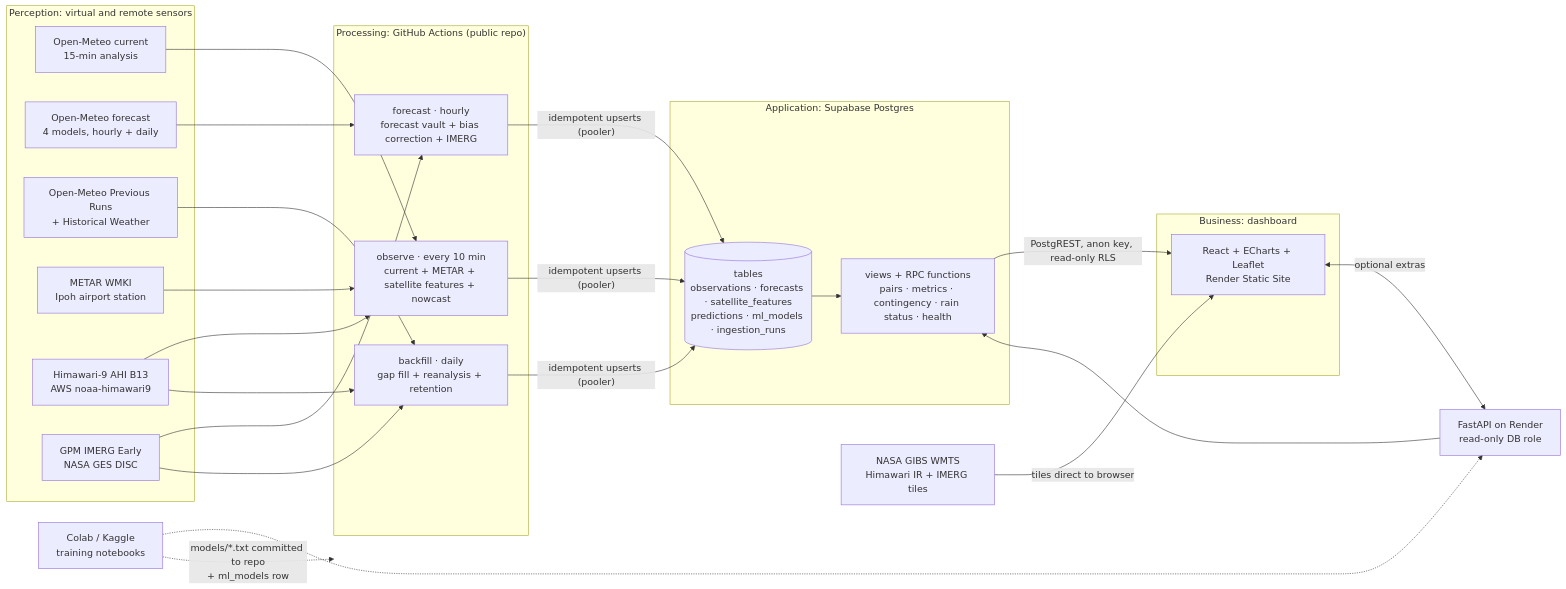
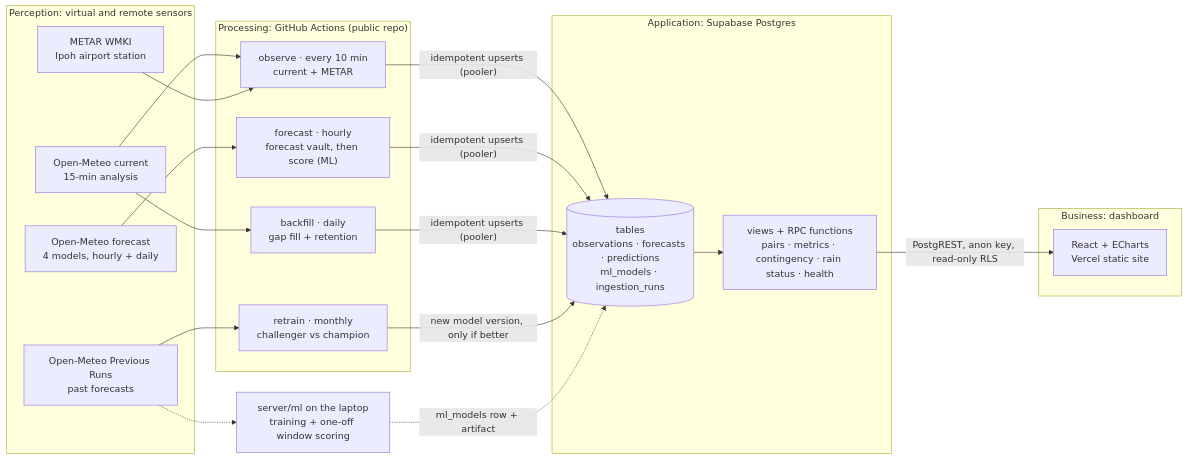
Before and after one commit to tuanwisamz/IoT-Weather-Project: the first of 2 diagrams in docs/architecture.md, drawn with Mermaid. The commit also changed other lines of this file and 8 other files, not shown here.

````diff
--- a/docs/architecture.md
+++ b/docs/architecture.md
@@ -57,38 +56,36 @@
 ```mermaid
 flowchart LR
   subgraph PER["Perception: virtual and remote sensors"]
     OMC["Open-Meteo current<br/>15-min analysis"]
     OMF["Open-Meteo forecast<br/>4 models, hourly + daily"]
-    OMP["Open-Meteo Previous Runs<br/>+ Historical Weather"]
+    OMP["Open-Meteo Previous Runs<br/>past forecasts"]
     MT["METAR WMKI<br/>Ipoh airport station"]
-    HI["Himawari-9 AHI B13<br/>AWS noaa-himawari9"]
-    IM["GPM IMERG Early<br/>NASA GES DISC"]
   end
 
   subgraph GA["Processing: GitHub Actions (public repo)"]
-    OBS["observe · every 10 min<br/>current + METAR + satellite features + nowcast"]
-    FC["forecast · hourly<br/>forecast vault + bias correction + IMERG"]
-    BF["backfill · daily<br/>gap fill + reanalysis + retention"]
+    OBS["observe · every 10 min<br/>current + METAR"]
+    FC["forecast · hourly<br/>forecast vault, then score (ML)"]
+    BF["backfill · daily<br/>gap fill + retention"]
+    RT["retrain · monthly<br/>challenger vs champion"]
   end
 
   subgraph DB["Application: Supabase Postgres"]
-    T[("tables<br/>observations · forecasts · satellite_features<br/>predictions · ml_models · ingestion_runs")]
+    T[("tables<br/>observations · forecasts · predictions<br/>ml_models · ingestion_runs")]
     V["views + RPC functions<br/>pairs · metrics · contingency · rain status · health"]
   end
 
   subgraph BIZ["Business: dashboard"]
-    FE["React + ECharts + Leaflet<br/>Render Static Site"]
+    FE["React + ECharts<br/>Vercel static site"]
   end
 
-  OMC & MT & HI --> OBS
-  OMF & IM --> FC
-  OMP & IM & HI --> BF
+  OMC & MT --> OBS
+  OMF --> FC
+  OMC --> BF
+  OMP --> RT
   OBS & FC & BF -->|"idempotent upserts (pooler)"| T
+  RT -->|"new model version, only if better"| T
   T --> V
   V -->|"PostgREST, anon key, read-only RLS"| FE
-  GIBS["NASA GIBS WMTS<br/>Himawari IR + IMERG tiles"] -->|tiles direct to browser| FE
-  FE <-->|"optional extras"| API["FastAPI on Render<br/>read-only DB role"]
-  API --> V
-  CO["Colab / Kaggle<br/>training notebooks"] -.->|"models/*.txt committed to repo<br/>+ ml_models row"| GA
-  CO -.-> API
+  ML["server/ml on the laptop<br/>training + one-off window scoring"] -.->|"ml_models row + artifact"| T
+  OMP -.-> ML
 ```
````
